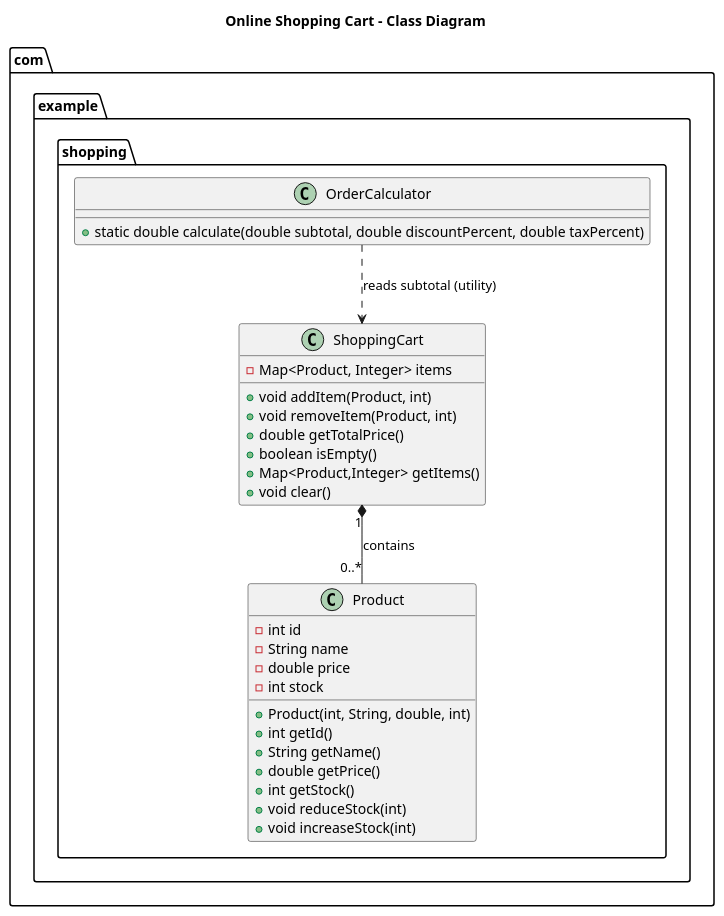
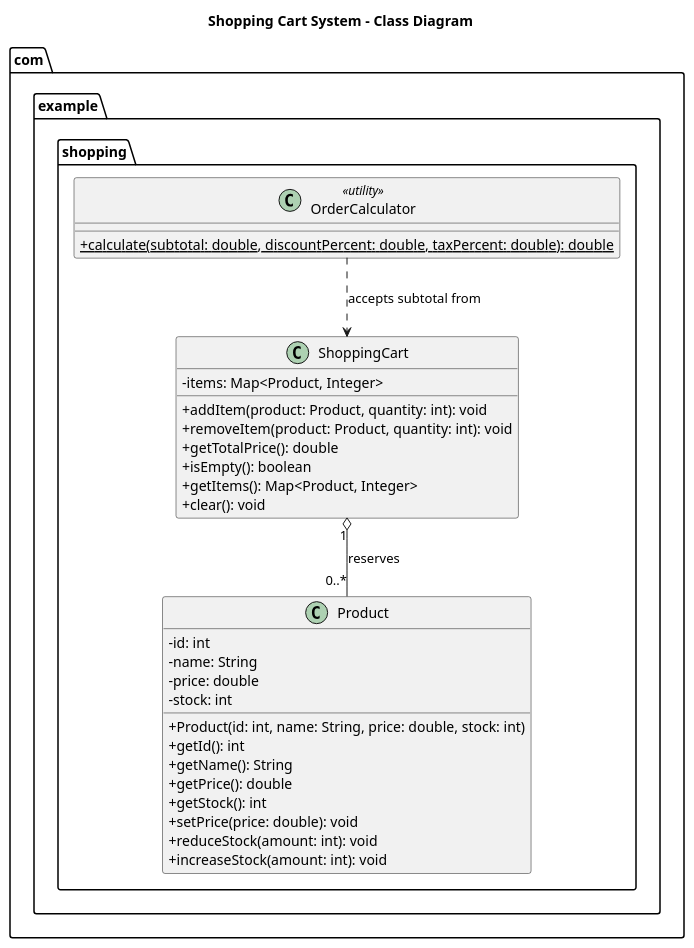
The diagram in shopping_cart_uml.puml (sarpersakmak/ShoppingCartSystemJUnitTest), drawn with PlantUML before and after one commit.

Commit message:
Refactor UML for Shopping Cart System diagram

```diff
--- a/shopping_cart_uml.puml
+++ b/shopping_cart_uml.puml
@@ -1,37 +1,39 @@
 @startuml
-title Online Shopping Cart - Class Diagram
+title Shopping Cart System - Class Diagram
+
+skinparam classAttributeIconSize 0
 
 package com.example.shopping {
-  class Product {
-    - int id
-    - String name
-    - double price
-    - int stock
-    + Product(int, String, double, int)
-    + int getId()
-    + String getName()
-    + double getPrice()
-    + int getStock()
-    + void reduceStock(int)
-    + void increaseStock(int)
-  }
+    class Product {
+        - id: int
+        - name: String
+        - price: double
+        - stock: int
+        + Product(id: int, name: String, price: double, stock: int)
+        + getId(): int
+        + getName(): String
+        + getPrice(): double
+        + getStock(): int
+        + setPrice(price: double): void
+        + reduceStock(amount: int): void
+        + increaseStock(amount: int): void
+    }
 
-  class ShoppingCart {
-    - Map<Product, Integer> items
-    + void addItem(Product, int)
-    + void removeItem(Product, int)
-    + double getTotalPrice()
-    + boolean isEmpty()
-    + Map<Product,Integer> getItems()
-    + void clear()
-  }
+    class ShoppingCart {
+        - items: Map<Product, Integer>
+        + addItem(product: Product, quantity: int): void
+        + removeItem(product: Product, quantity: int): void
+        + getTotalPrice(): double
+        + isEmpty(): boolean
+        + getItems(): Map<Product, Integer>
+        + clear(): void
+    }
 
-  class OrderCalculator {
-    + static double calculate(double subtotal, double discountPercent, double taxPercent)
-  }
+    class OrderCalculator <<utility>> {
+        + {static} calculate(subtotal: double, discountPercent: double, taxPercent: double): double
+    }
 
-  ShoppingCart "1" *-- "0..*" Product : contains
-  OrderCalculator ..> ShoppingCart : reads subtotal (utility)
+    ShoppingCart "1" o-- "0..*" Product : reserves
+    OrderCalculator ..> ShoppingCart : accepts subtotal from
 }
-
 @enduml
```
